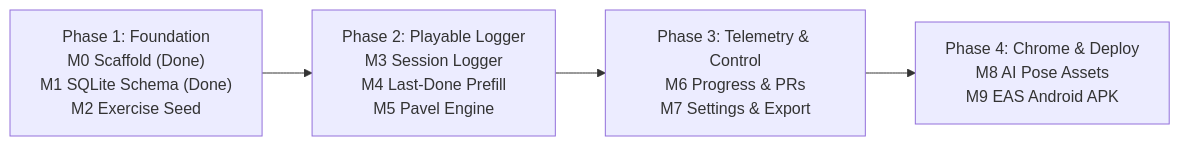
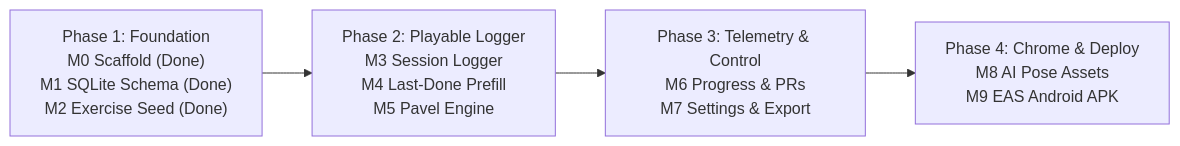
Before and after one commit to ccmueller355/shadowtrain: the diagram in docs/index.md, drawn with Mermaid. The commit also changed other lines of this file and 11 other files, not shown here.

Commit message:
feat(m2): add core-kit exercise seed, import script, exerciseStore & equipment picker

````diff
--- a/docs/index.md
+++ b/docs/index.md
@@ -45,6 +45,6 @@
 ```mermaid
 flowchart LR
-  P1["Phase 1: Foundation\nM0 Scaffold (Done)\nM1 SQLite Schema (Done)\nM2 Exercise Seed"] --> P2["Phase 2: Playable Logger\nM3 Session Logger\nM4 Last-Done Prefill\nM5 Pavel Engine"]
+  P1["Phase 1: Foundation\nM0 Scaffold (Done)\nM1 SQLite Schema (Done)\nM2 Exercise Seed (Done)"] --> P2["Phase 2: Playable Logger\nM3 Session Logger\nM4 Last-Done Prefill\nM5 Pavel Engine"]
   P2 --> P3["Phase 3: Telemetry & Control\nM6 Progress & PRs\nM7 Settings & Export"]
   P3 --> P4["Phase 4: Chrome & Deploy\nM8 AI Pose Assets\nM9 EAS Android APK"]
 ```
````
